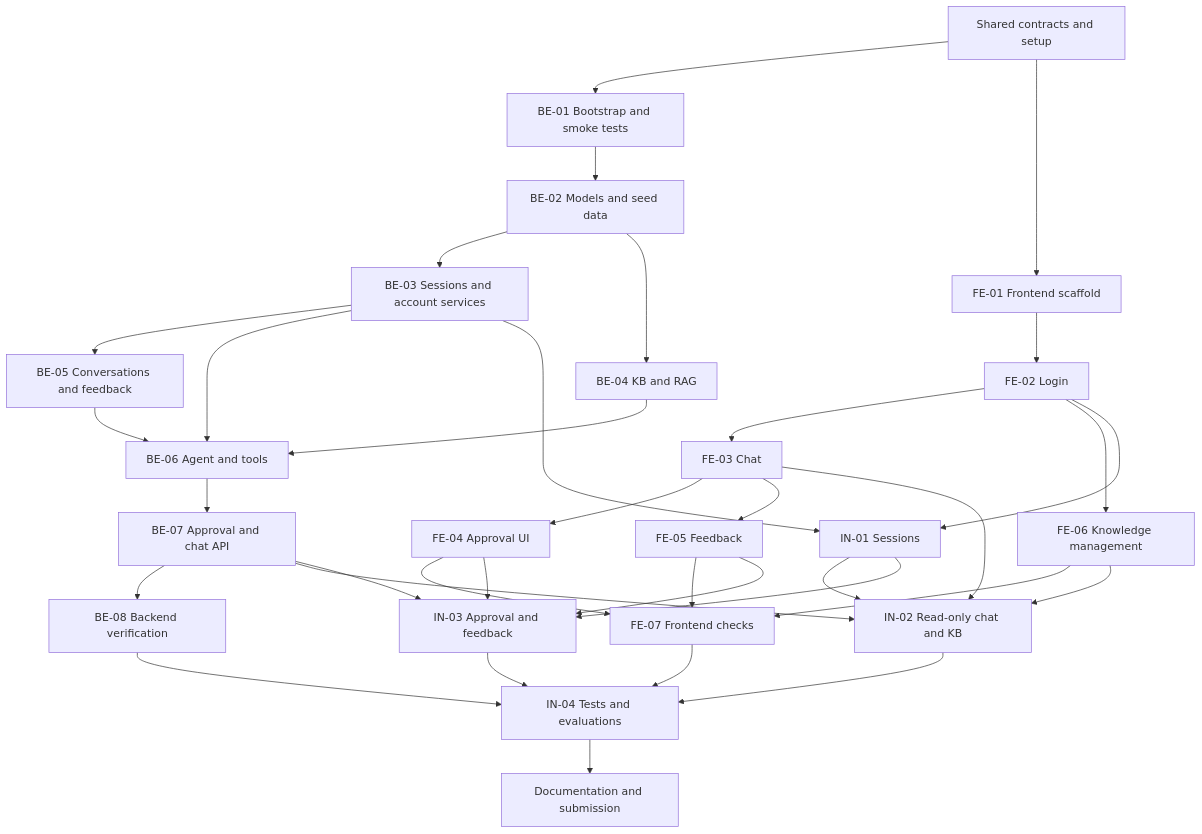
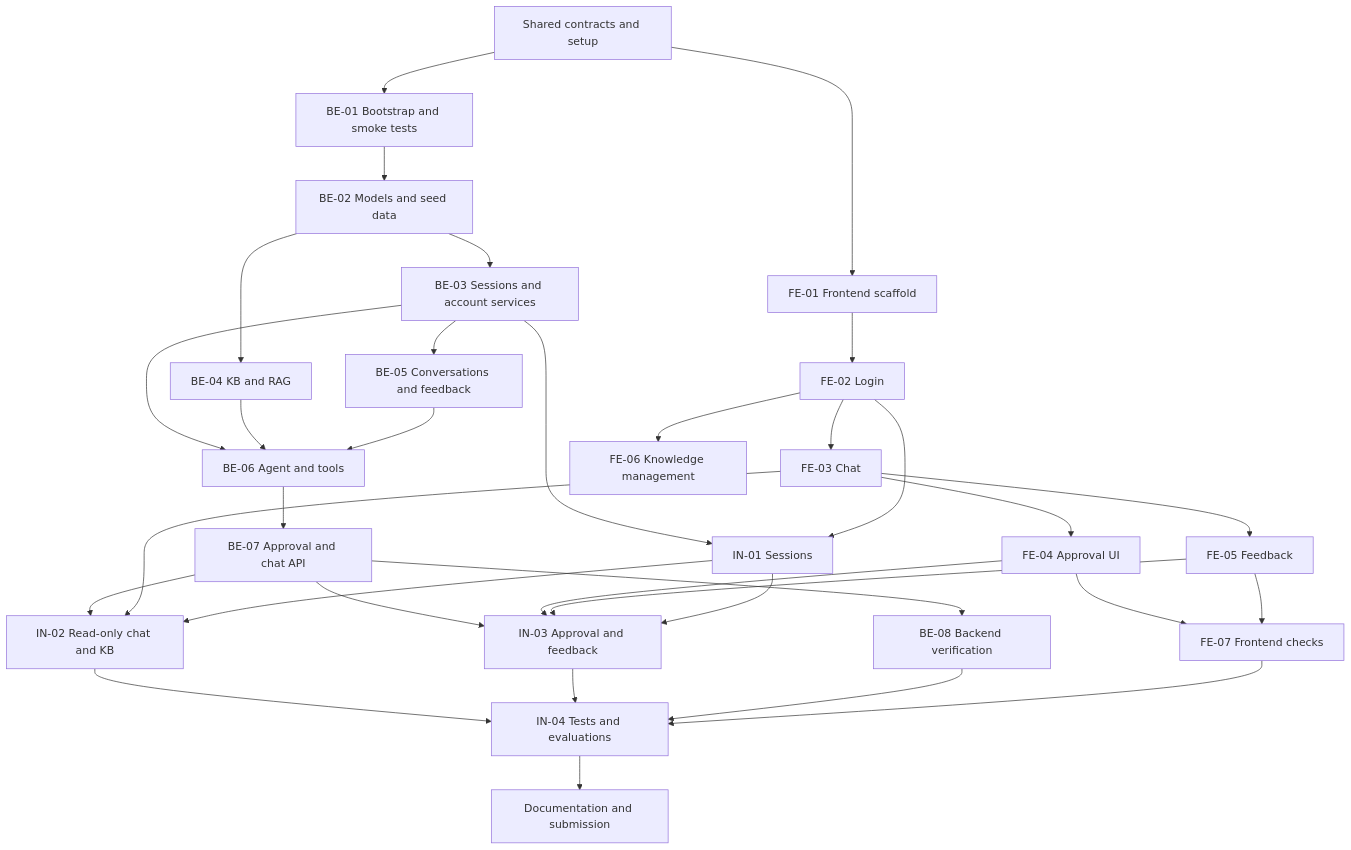
The diagram in BUILD_PLAN.md (Navadeep-Reddy/Support-System), drawn with Mermaid before and after one commit. The commit also changed other lines of this file and 6 other files, not shown here.

````diff
--- a/BUILD_PLAN.md
+++ b/BUILD_PLAN.md
@@ -255,37 +256,35 @@
 ```mermaid
 flowchart TD
     S[Shared contracts and setup] --> B1[BE-01 Bootstrap and smoke tests]
     S --> F1[FE-01 Frontend scaffold]
     B1 --> B2[BE-02 Models and seed data]
     B2 --> B3[BE-03 Sessions and account services]
     B2 --> B4[BE-04 KB and RAG]
     B3 --> B5[BE-05 Conversations and feedback]
     B3 --> B6[BE-06 Agent and tools]
     B4 --> B6
     B5 --> B6
     B6 --> B7[BE-07 Approval and chat API]
     B7 --> B8[BE-08 Backend verification]
     F1 --> F2[FE-02 Login]
     F2 --> F3[FE-03 Chat]
     F2 --> F6[FE-06 Knowledge management]
     F3 --> F4[FE-04 Approval UI]
     F3 --> F5[FE-05 Feedback]
     F4 --> F7[FE-07 Frontend checks]
     F5 --> F7
-    F6 --> F7
     B3 --> I1[IN-01 Sessions]
     F2 --> I1
     B7 --> I2[IN-02 Read-only chat and KB]
     F3 --> I2
-    F6 --> I2
     I1 --> I2
     B7 --> I3[IN-03 Approval and feedback]
     F4 --> I3
     F5 --> I3
     I1 --> I3
     I2 --> I4[IN-04 Tests and evaluations]
     I3 --> I4
     B8 --> I4
     F7 --> I4
     I4 --> D[Documentation and submission]
 ```
````
